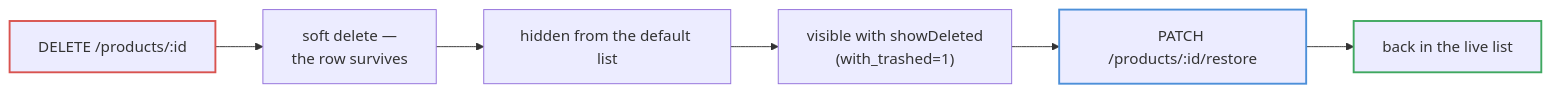
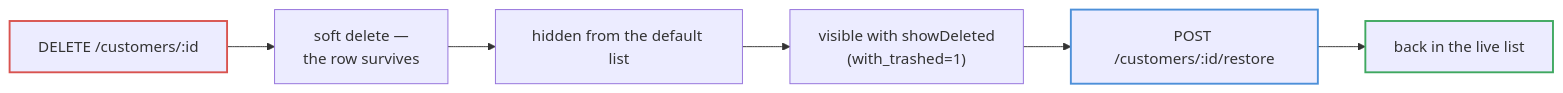
The fifth of 5 diagrams in docs/diagrams/mutations.md (TGCTZ/TGC-SERVICE-FRONTEND), drawn with Mermaid before and after one commit. The commit also changed other lines of this file and 18 other files, not shown here.

````diff
--- a/docs/diagrams/mutations.md
+++ b/docs/diagrams/mutations.md
@@ -131,12 +126,12 @@
 ```mermaid
 flowchart LR
-    DEL["DELETE /products/:id"] --> SOFT["soft delete —<br/>the row survives"]
+    DEL["DELETE /customers/:id"] --> SOFT["soft delete —<br/>the row survives"]
     SOFT --> HIDDEN["hidden from the default list"]
     HIDDEN --> SHOW["visible with showDeleted<br/>(with_trashed=1)"]
-    SHOW --> RESTORE["PATCH /products/:id/restore"]
+    SHOW --> RESTORE["POST /customers/:id/restore"]
     RESTORE --> BACK["back in the live list"]
 
     style DEL stroke:#d9534f,stroke-width:2px
     style RESTORE stroke:#4d90d9,stroke-width:2px
     style BACK stroke:#3fa860,stroke-width:2px
 ```
````
